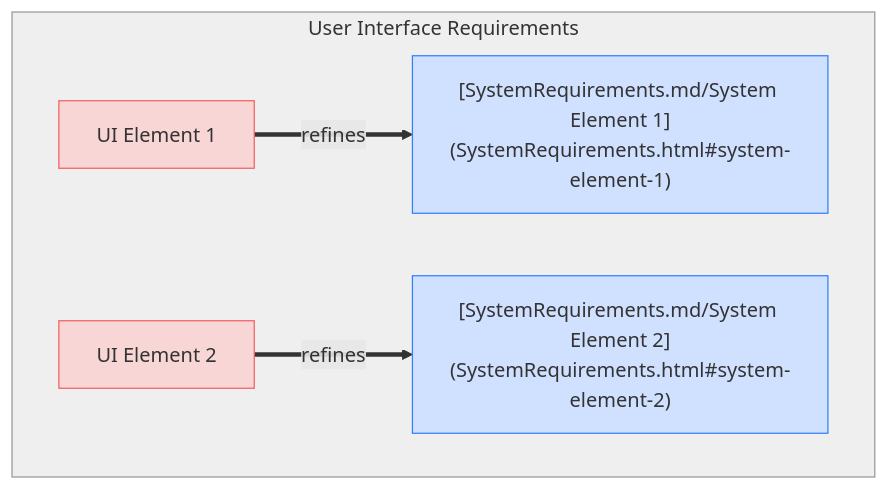
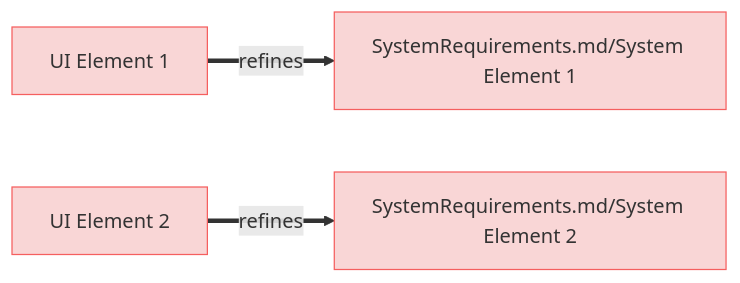
The first of 2 diagrams in test-fixtures/test-diagram-generation/UserRequirements.md (reqvire-org/reqvire), drawn with Mermaid before and after one commit. The commit also changed other lines of this file and 18 other files, not shown here.

````diff
--- a/test-fixtures/test-diagram-generation/UserRequirements.md
+++ b/test-fixtures/test-diagram-generation/UserRequirements.md
@@ -7,28 +7,25 @@
 ```mermaid
-graph TD;
+graph LR;
   %% Graph styling
   classDef requirement fill:#f9d6d6,stroke:#f55f5f,stroke-width:1px;
   classDef satisfies fill:#fff2cc,stroke:#ffcc00,stroke-width:1px;
   classDef verification fill:#d6f9d6,stroke:#5fd75f,stroke-width:1px;
   classDef externalLink fill:#d0e0ff,stroke:#3080ff,stroke-width:1px;
   classDef paragraph fill:#efefef,stroke:#999999,stroke-width:1px;
   classDef default fill:#f5f5f5,stroke:#333333,stroke-width:1px;
 
-  subgraph para["User Interface Requirements"];
     UI_Element_1["UI Element 1"];
     click UI_Element_1 "UserRequirements.md#ui-element-1";
     class UI_Element_1 requirement;
     UI_Element_1 ==>|refines| _SystemRequirements_md_System_Element_1__SystemRequirements_html_system_element_1_;
-  _SystemRequirements_md_System_Element_1__SystemRequirements_html_system_element_1_["[SystemRequirements.md/System Element 1](SystemRequirements.html#system-element-1)"];
-  click _SystemRequirements_md_System_Element_1__SystemRequirements_html_system_element_1_ "[SystemRequirements.md#system-element-1](systemrequirements.html#system-element-1)";
-  class _SystemRequirements_md_System_Element_1__SystemRequirements_html_system_element_1_ externalLink;
+    _SystemRequirements_md_System_Element_1__SystemRequirements_html_system_element_1_["SystemRequirements.md/System Element 1"];
+    click _SystemRequirements_md_System_Element_1__SystemRequirements_html_system_element_1_ "SystemRequirements.html#system-element-1";
+    class _SystemRequirements_md_System_Element_1__SystemRequirements_html_system_element_1_ requirement;
     UI_Element_2["UI Element 2"];
     click UI_Element_2 "UserRequirements.md#ui-element-2";
     class UI_Element_2 requirement;
     UI_Element_2 ==>|refines| _SystemRequirements_md_System_Element_2__SystemRequirements_html_system_element_2_;
-  _SystemRequirements_md_System_Element_2__SystemRequirements_html_system_element_2_["[SystemRequirements.md/System Element 2](SystemRequirements.html#system-element-2)"];
-  click _SystemRequirements_md_System_Element_2__SystemRequirements_html_system_element_2_ "[SystemRequirements.md#system-element-2](systemrequirements.html#system-element-2)";
-  class _SystemRequirements_md_System_Element_2__SystemRequirements_html_system_element_2_ externalLink;
-  end;
-  class para paragraph;
+    _SystemRequirements_md_System_Element_2__SystemRequirements_html_system_element_2_["SystemRequirements.md/System Element 2"];
+    click _SystemRequirements_md_System_Element_2__SystemRequirements_html_system_element_2_ "SystemRequirements.html#system-element-2";
+    class _SystemRequirements_md_System_Element_2__SystemRequirements_html_system_element_2_ requirement;
 ```
````
